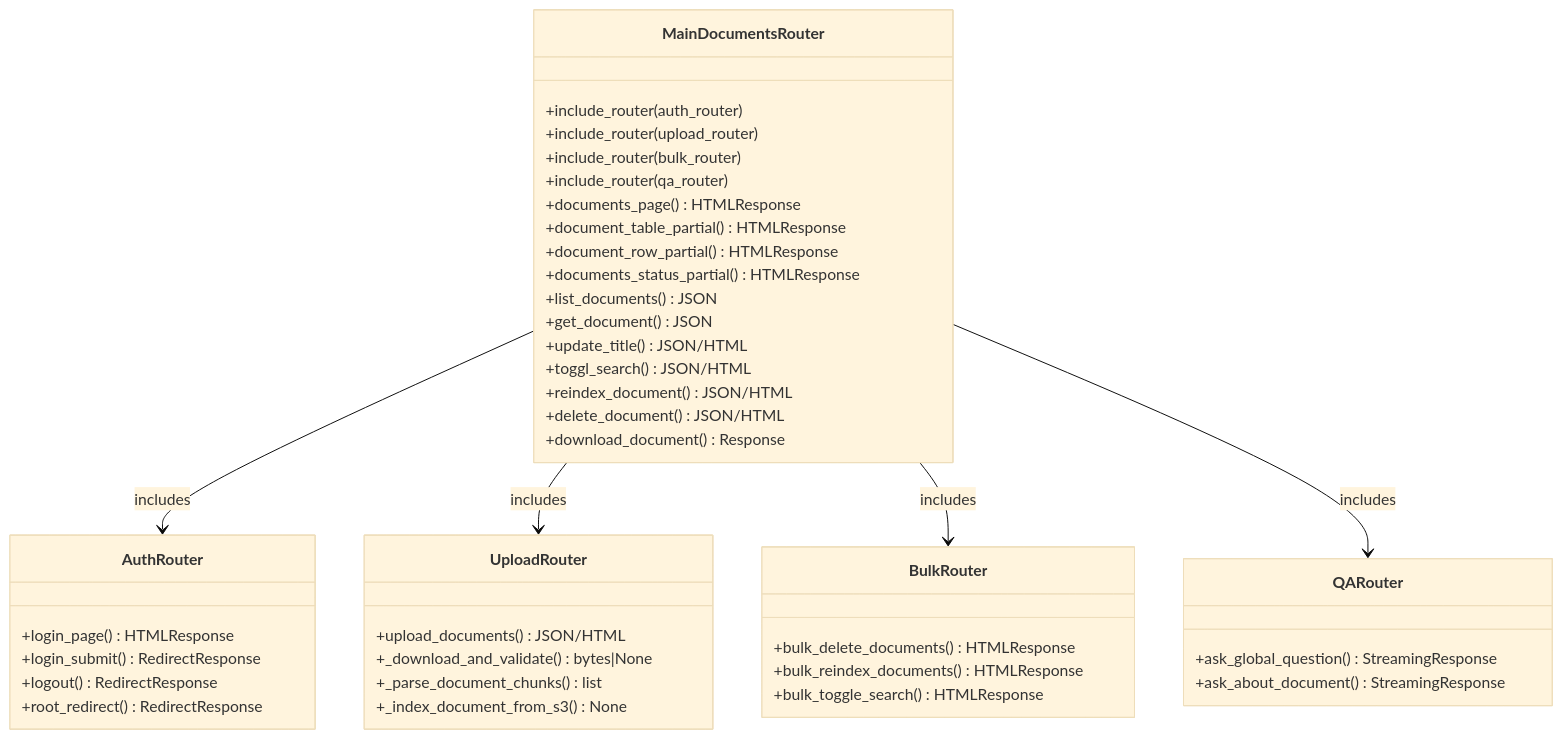
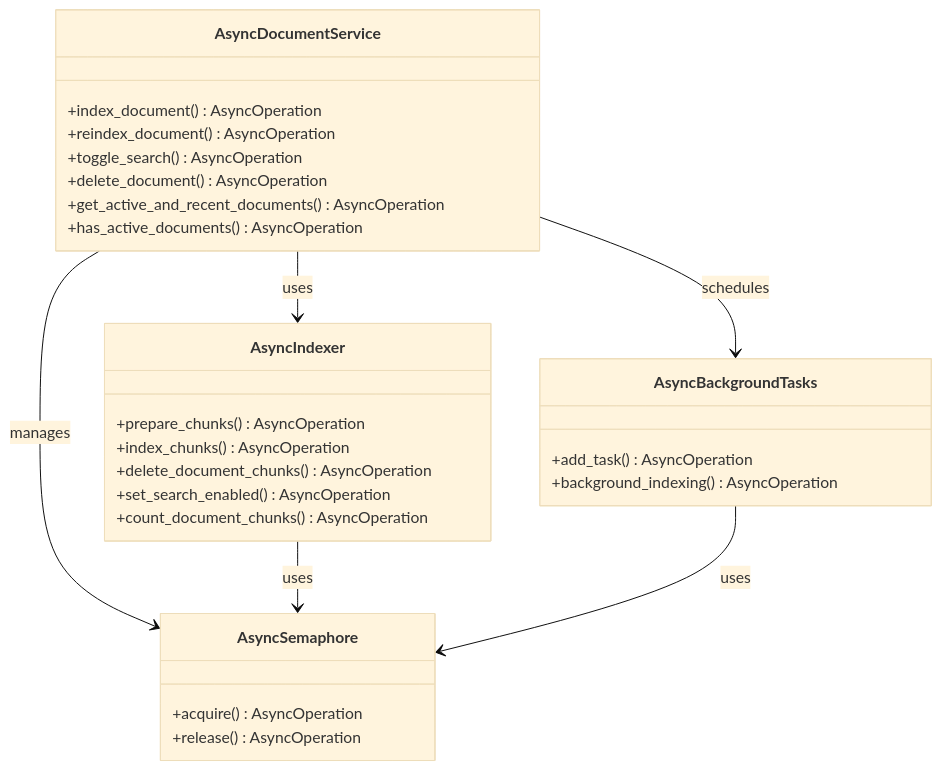
Before and after one commit to ognelis/cafetera_hr_bot: the third of 26 diagrams in .qoder/repowiki/en/content/Document Management System.md, drawn with Mermaid (base theme). The commit also changed other lines of this file and 25 other files, not shown here.

````diff
--- a/.qoder/repowiki/en/content/Document Management System.md
+++ b/.qoder/repowiki/en/content/Document Management System.md
@@ -294,45 +316,31 @@
 ```mermaid
 classDiagram
-class MainDocumentsRouter {
-+include_router(auth_router)
-+include_router(upload_router)
-+include_router(bulk_router)
-+include_router(qa_router)
-+documents_page() HTMLResponse
-+document_table_partial() HTMLResponse
-+document_row_partial() HTMLResponse
-+documents_status_partial() HTMLResponse
-+list_documents() JSON
-+get_document() JSON
-+update_title() JSON/HTML
-+toggl_search() JSON/HTML
-+reindex_document() JSON/HTML
-+delete_document() JSON/HTML
-+download_document() Response
+class AsyncDocumentService {
++index_document() AsyncOperation
++reindex_document() AsyncOperation
++toggle_search() AsyncOperation
++delete_document() AsyncOperation
++get_active_and_recent_documents() AsyncOperation
++has_active_documents() AsyncOperation
 }
-class AuthRouter {
-+login_page() HTMLResponse
-+login_submit() RedirectResponse
-+logout() RedirectResponse
-+root_redirect() RedirectResponse
+class AsyncIndexer {
++prepare_chunks() AsyncOperation
++index_chunks() AsyncOperation
++delete_document_chunks() AsyncOperation
++set_search_enabled() AsyncOperation
++count_document_chunks() AsyncOperation
 }
-class UploadRouter {
-+upload_documents() JSON/HTML
-+_download_and_validate() bytes|None
-+_parse_document_chunks() list
-+_index_document_from_s3() None
+class AsyncSemaphore {
++acquire() AsyncOperation
++release() AsyncOperation
 }
-class BulkRouter {
-+bulk_delete_documents() HTMLResponse
-+bulk_reindex_documents() HTMLResponse
-+bulk_toggle_search() HTMLResponse
+class AsyncBackgroundTasks {
++add_task() AsyncOperation
++background_indexing() AsyncOperation
 }
-class QARouter {
-+ask_global_question() StreamingResponse
-+ask_about_document() StreamingResponse
-}
-MainDocumentsRouter --> AuthRouter : includes
-MainDocumentsRouter --> UploadRouter : includes
-MainDocumentsRouter --> BulkRouter : includes
-MainDocumentsRouter --> QARouter : includes
+AsyncDocumentService --> AsyncIndexer : uses
+AsyncDocumentService --> AsyncSemaphore : manages
+AsyncDocumentService --> AsyncBackgroundTasks : schedules
+AsyncIndexer --> AsyncSemaphore : uses
+AsyncBackgroundTasks --> AsyncSemaphore : uses
 ```
````
